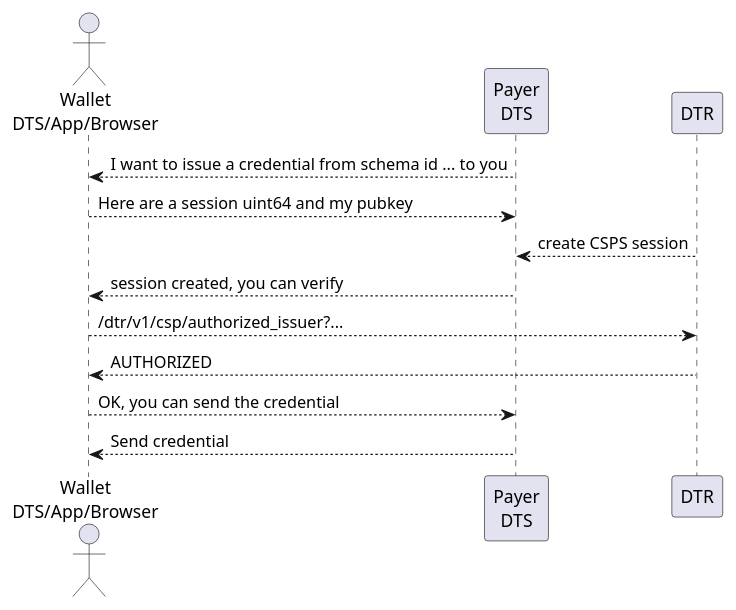
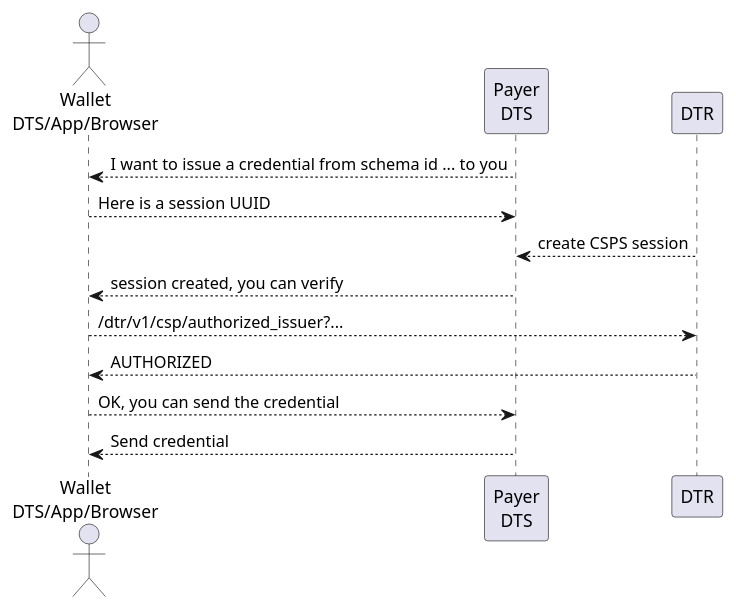
One commit to verana-labs/verifiable-trust-vpr-spec changed the seventh of 12 diagrams in spec.md. Above: the diagram before and after it, drawn with PlantUML. The commit also changed 1 other file, not shown here.

Commit message:
fixed tipo error in [MOD-CSPS-MSG-1]

````diff
--- a/spec.md
+++ b/spec.md
@@ -1842,17 +1842,17 @@
 ```plantuml
 scale max 800 width
 actor "Wallet\nDTS/App/Browser" as Issued 
 participant "Payer\nDTS" as Issuer 
 participant "DTR" as dtr 
 
 
 Issued <-- Issuer: I want to issue a credential from schema id ... to you
-Issued --> Issuer: Here are a session uint64 and my pubkey
+Issued --> Issuer: Here is a session UUID
 Issuer <-- dtr: create CSPS session
 Issued <-- Issuer: session created, you can verify
 Issued --> dtr: /dtr/v1/csp/authorized_issuer?...
 Issued <-- dtr: AUTHORIZED
 Issued --> Issuer: OK, you can send the credential
 Issued <-- Issuer: Send credential
 
 ```
````
